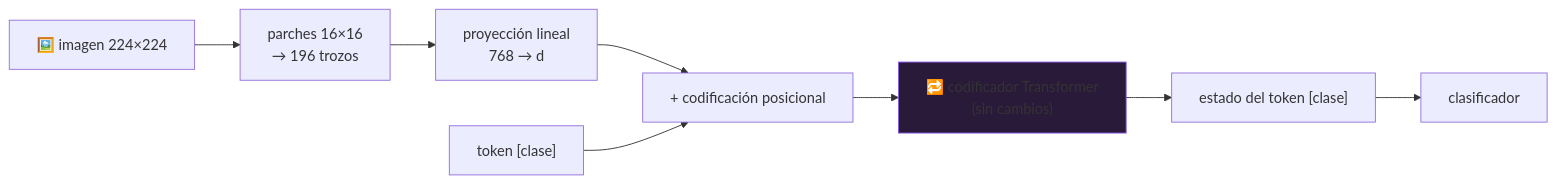
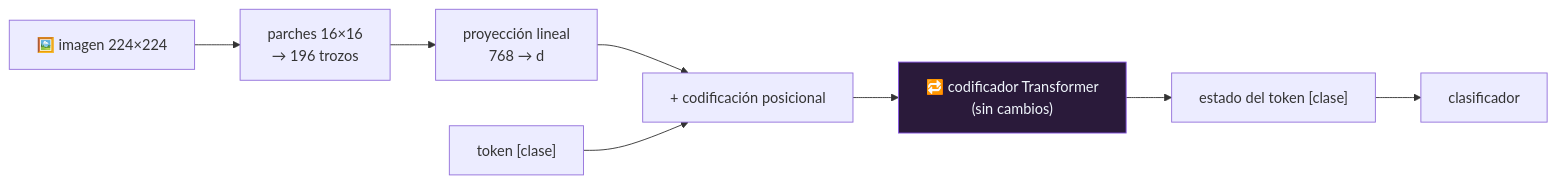
One commit to vladimiracunadev-create/artificial-intelligence-evolution-program changed the diagram in papers/foundational/P46_vit/README.md. Above: the diagram before and after it, drawn with Mermaid. The commit also changed 27 other files, not shown here.

First line of the commit message:
Compilaciones: Windows en tres formatos y APK versionado; contraste de diagramas

````diff
--- a/papers/foundational/P46_vit/README.md
+++ b/papers/foundational/P46_vit/README.md
@@ -89,11 +89,11 @@
 ```mermaid
 flowchart LR
     I["🖼️ imagen 224×224"] --> P["parches 16×16<br/>→ 196 trozos"]
     P --> E["proyección lineal<br/>768 → d"]
     E --> PE["+ codificación posicional"]
     CLS["token [clase]"] --> PE
     PE --> T["🔁 codificador Transformer<br/>(sin cambios)"]
     T --> H["estado del token [clase]"]
     H --> C["clasificador"]
-    style T fill:#2a1a3a,stroke:#8957e5
+    style T fill:#2a1a3a,stroke:#8957e5,color:#f0f6fc
 ```
````
